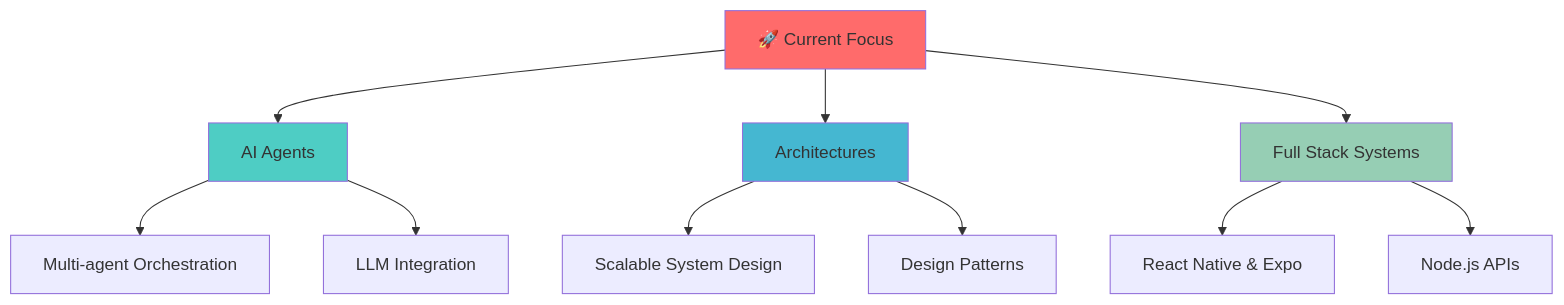
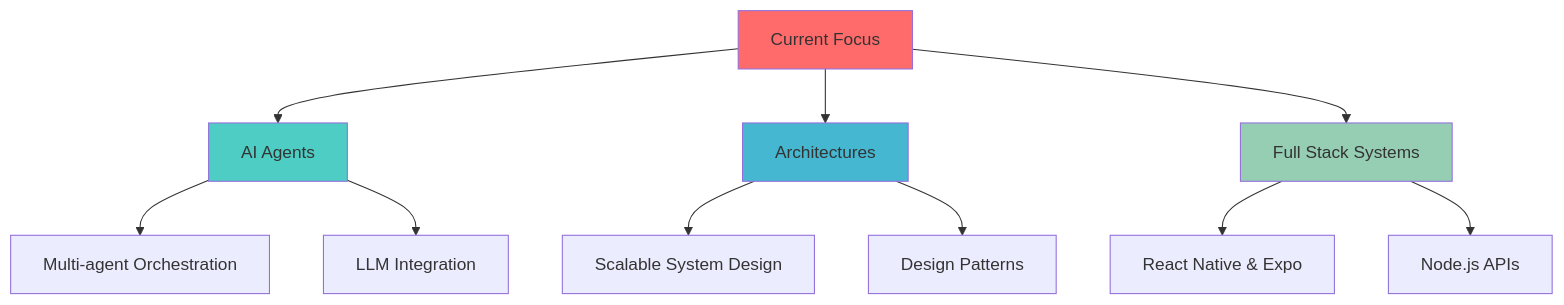
The diagram in README.md (Chiranth-Janardhan-moger/Chiranth-Janardhan-moger), drawn with Mermaid before and after one commit. The commit also changed other lines of this file, not shown here.

````diff
--- a/README.md
+++ b/README.md
@@ -173,20 +173,20 @@
 ```mermaid
 graph TD
-    A[🚀 Current Focus] --> B[AI Agents]
+    A[Current Focus] --> B[AI Agents]
     A --> C[Architectures]
     A --> D[Full Stack Systems]
     
     B --> E[Multi-agent Orchestration]
     B --> F[LLM Integration]
     
     C --> G[Scalable System Design]
     C --> H[Design Patterns]
     
     D --> I[React Native & Expo]
     D --> J[Node.js APIs]
     
     style A fill:#ff6b6b
     style B fill:#4ecdc4
     style C fill:#45b7d1
     style D fill:#96ceb4
 ```
````
